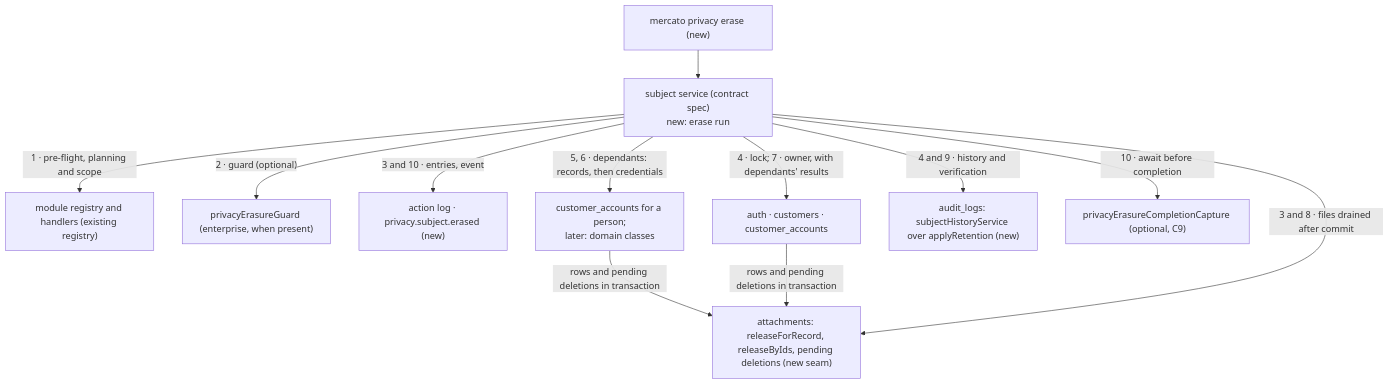
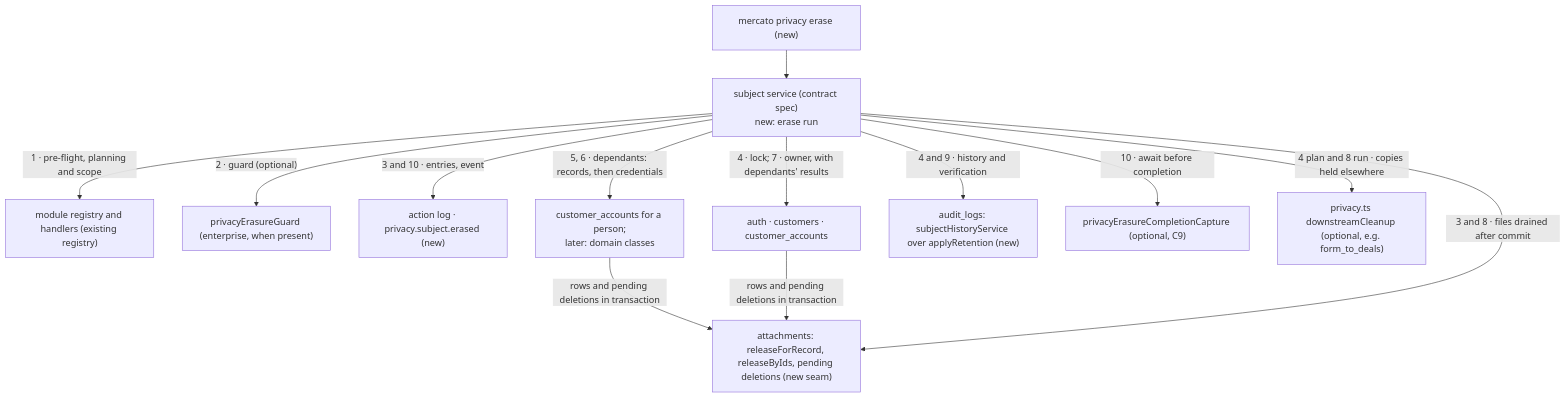
The diagram in .ai/specs/GDPR/2026-11-16-privacy-subject-erasure.md (open-mercato/open-mercato), drawn with Mermaid before and after one commit. The commit also changed other lines of this file and 47 other files, not shown here.

````diff
--- a/.ai/specs/GDPR/2026-11-16-privacy-subject-erasure.md
+++ b/.ai/specs/GDPR/2026-11-16-privacy-subject-erasure.md
@@ -425,13 +543,14 @@
 ```mermaid
 flowchart TD
   CLI["mercato privacy erase (new)"] --> S["subject service (contract spec)<br/>new: erase run"]
   S -- "1 · pre-flight, planning and scope" --> R["module registry and handlers (existing registry)"]
   S -- "2 · guard (optional)" --> G["privacyErasureGuard (enterprise, when present)"]
   S -- "3 and 10 · entries, event" --> E["action log · privacy.subject.erased (new)"]
   S -- "4 · lock; 7 · owner, with dependants' results" --> O["auth · customers · customer_accounts"]
   S -- "5, 6 · dependants: records, then credentials" --> D["customer_accounts for a person;<br/>later: domain classes"]
   D & O -- "rows and pending deletions in transaction" --> A["attachments: releaseForRecord, releaseByIds, pending deletions (new seam)"]
   S -- "3 and 8 · files drained after commit" --> A
   S -- "4 and 9 · history and verification" --> H["audit_logs: subjectHistoryService over applyRetention (new)"]
   S -- "10 · await before completion" --> C["privacyErasureCompletionCapture (optional, C9)"]
+  S -- "4 plan and 8 run · copies held elsewhere" --> DC["privacy.ts downstreamCleanup (optional, e.g. form_to_deals)"]
 ```
````
